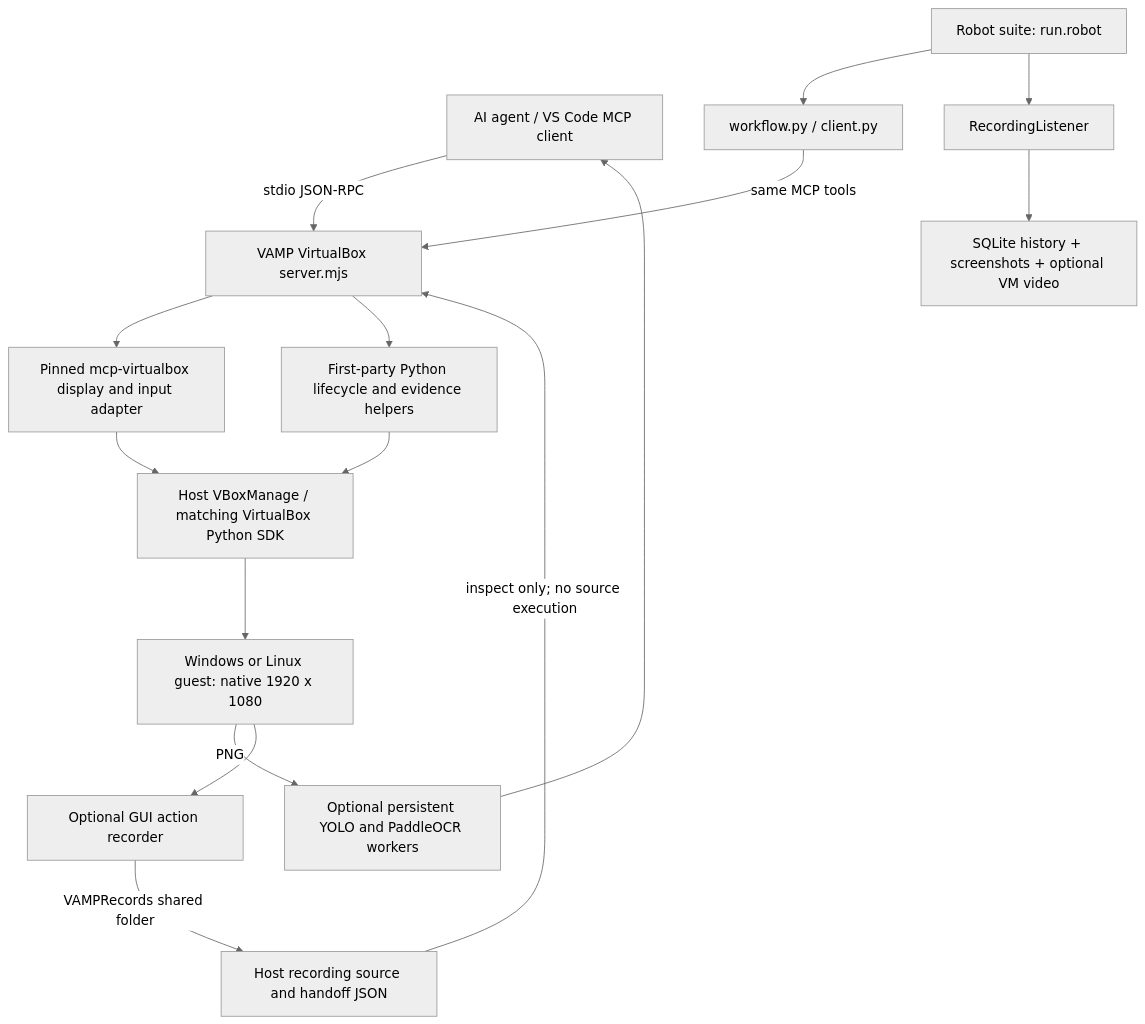
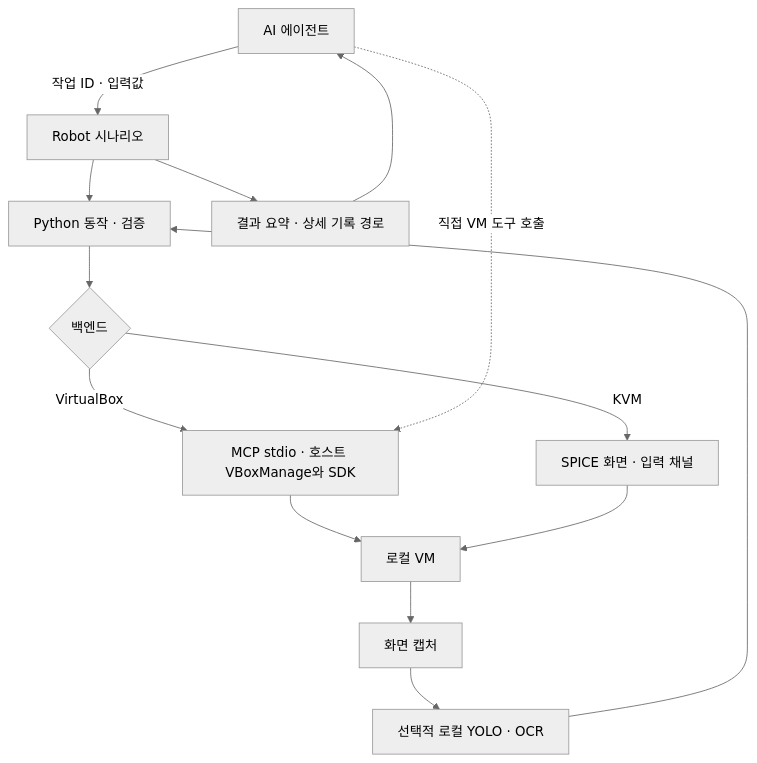
One commit to wayfarer6/vamp-mcp changed the diagram in docs/MCP_ARCHITECTURE.md. Above: the diagram before and after it, drawn with Mermaid (neutral theme). The commit also changed other lines of this file and 17 other files, not shown here.

````diff
--- a/docs/MCP_ARCHITECTURE.md
+++ b/docs/MCP_ARCHITECTURE.md
@@ -7,18 +9,16 @@
 ```mermaid
-flowchart TD
-  A[AI agent / VS Code MCP client] -->|stdio JSON-RPC| B[VAMP VirtualBox server.mjs]
-  B --> C[Pinned mcp-virtualbox display and input adapter]
-  B --> D[First-party Python lifecycle and evidence helpers]
-  C --> E[Host VBoxManage / matching VirtualBox Python SDK]
-  D --> E
-  E --> F[Windows or Linux guest: native 1920 x 1080]
-  F -->|PNG| G[Optional persistent YOLO and PaddleOCR workers]
-  G --> A
-  H[Robot suite: run.robot] --> I[workflow.py / client.py]
-  I -->|same MCP tools| B
-  H --> J[RecordingListener]
-  J --> K[SQLite history + screenshots + optional VM video]
-  F --> L[Optional GUI action recorder]
-  L -->|VAMPRecords shared folder| M[Host recording source and handoff JSON]
-  M -->|inspect only; no source execution| B
+flowchart TB
+    A[AI 에이전트] -->|작업 ID · 입력값| R[Robot 시나리오]
+    R --> P[Python 동작 · 검증]
+    P --> B{백엔드}
+    B -->|VirtualBox| M[MCP stdio · 호스트 VBoxManage와 SDK]
+    B -->|KVM| S[SPICE 화면 · 입력 채널]
+    M --> V[로컬 VM]
+    S --> V
+    V --> C[화면 캡처]
+    C --> O[선택적 로컬 YOLO · OCR]
+    O --> P
+    R --> Q[결과 요약 · 상세 기록 경로]
+    Q --> A
+    A -. 직접 VM 도구 호출 .-> M
 ```
````
